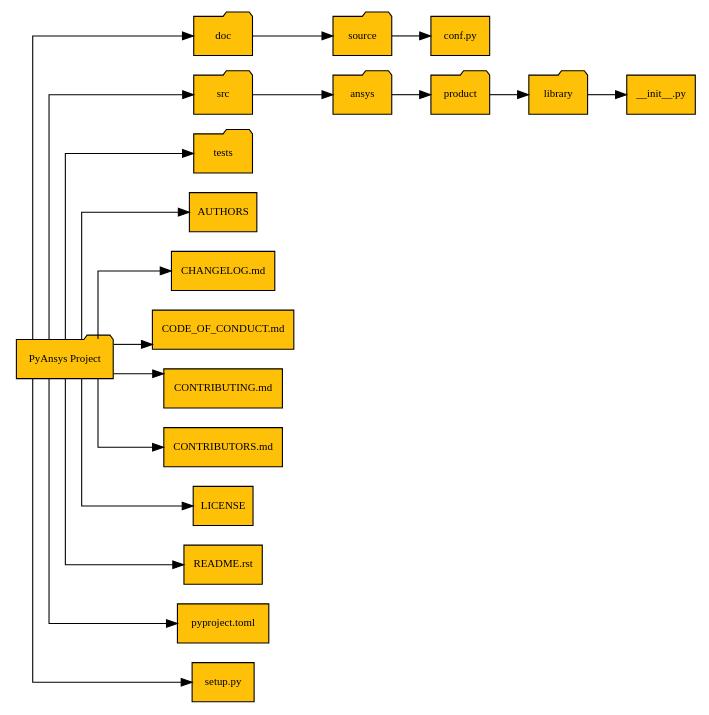
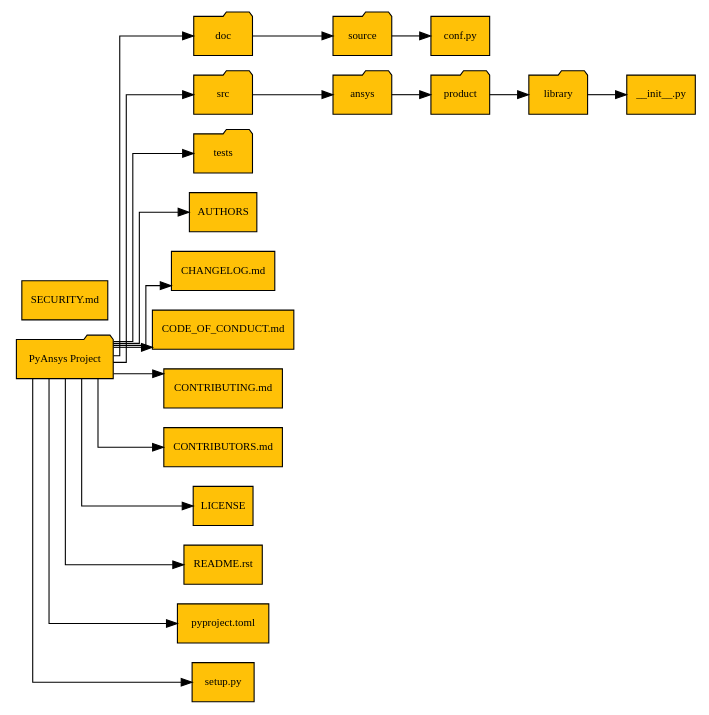
Before and after one commit to ansys/pyansys-dev-guide: the diagram in doc/source/packaging/diag/pyproduct_library_structure_diag.rst, drawn with Graphviz. The commit also changed 6 other files, not shown here.

```diff
--- a/doc/source/packaging/diag/pyproduct_library_structure_diag.rst
+++ b/doc/source/packaging/diag/pyproduct_library_structure_diag.rst
@@ -83,6 +83,10 @@
            label="README.rst", shape="file"
          ]
 
+         security [
+           label="SECURITY.md", shape="file"
+        ]
+
          pyproject [
            label="pyproject.toml", shape="file"
          ]
```
